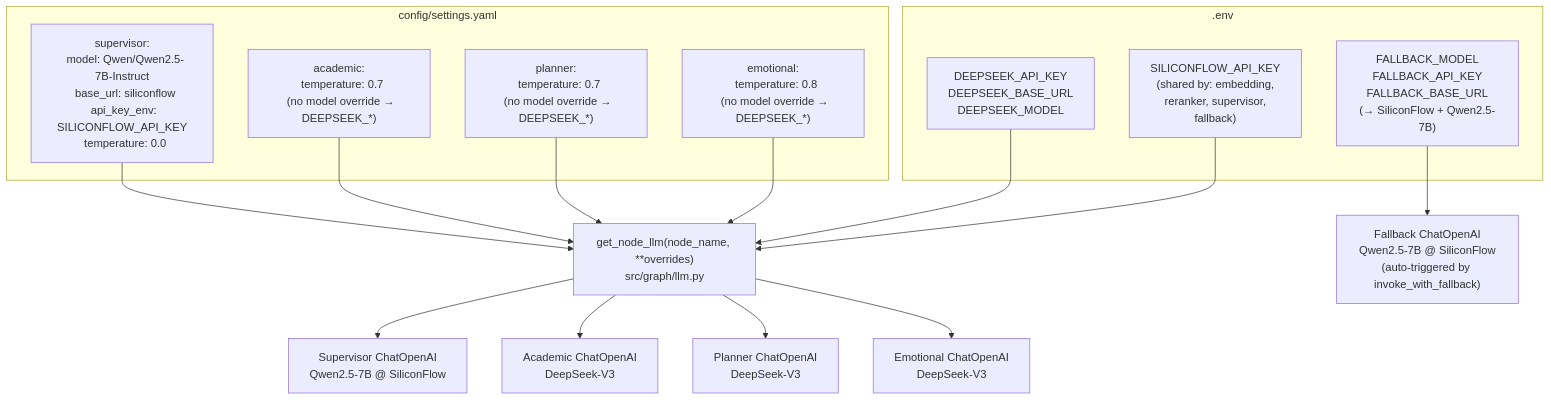
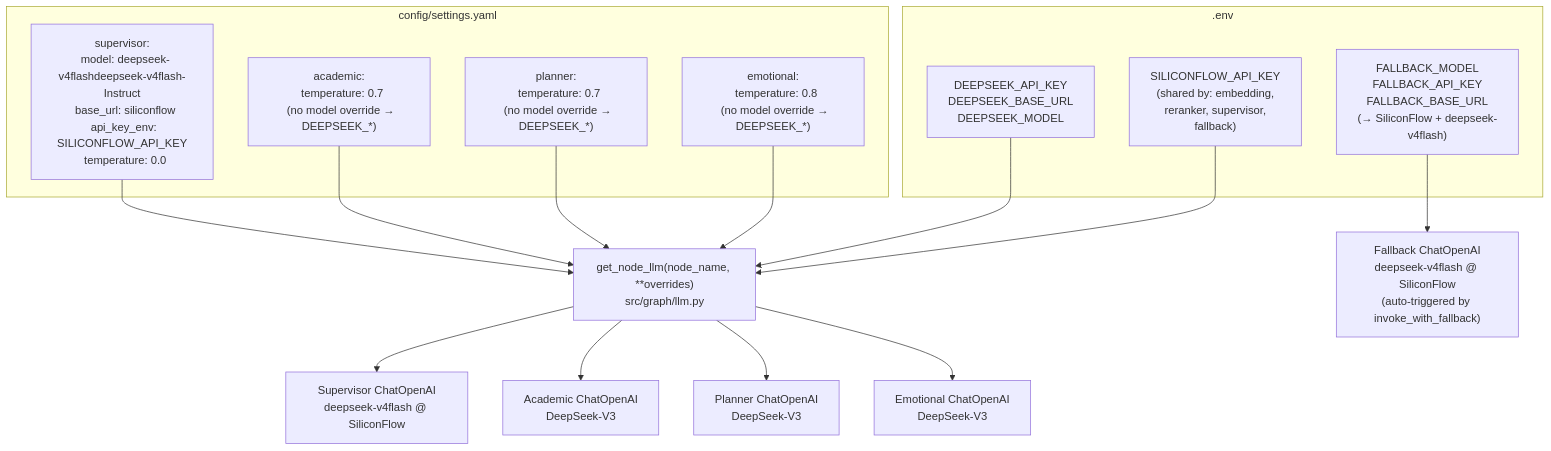
Before and after one commit to luboyan6/exam-mind: the fifth of 5 diagrams in docs/architecture/v0.2.0/diagram_design.md, drawn with Mermaid. The commit also changed other lines of this file and 7 other files, not shown here.

Commit message:
chore: replace Qwen2.5-7B with deepseek-v4flash across docs and config

````diff
--- a/docs/architecture/v0.2.0/diagram_design.md
+++ b/docs/architecture/v0.2.0/diagram_design.md
@@ -226,32 +226,32 @@
 ```mermaid
 flowchart TD
     subgraph Settings["config/settings.yaml"]
-        SUP_CFG["supervisor:\n  model: Qwen/Qwen2.5-7B-Instruct\n  base_url: siliconflow\n  api_key_env: SILICONFLOW_API_KEY\n  temperature: 0.0"]
+        SUP_CFG["supervisor:\n  model: deepseek-v4flashdeepseek-v4flash-Instruct\n  base_url: siliconflow\n  api_key_env: SILICONFLOW_API_KEY\n  temperature: 0.0"]
         AC_CFG["academic:\n  temperature: 0.7\n  (no model override → DEEPSEEK_*)"]
         PL_CFG["planner:\n  temperature: 0.7\n  (no model override → DEEPSEEK_*)"]
         EM_CFG["emotional:\n  temperature: 0.8\n  (no model override → DEEPSEEK_*)"]
     end
 
     Factory["get_node_llm(node_name, **overrides)\nsrc/graph/llm.py"]
 
     SUP_CFG --> Factory
     AC_CFG --> Factory
     PL_CFG --> Factory
     EM_CFG --> Factory
 
     subgraph Env[".env"]
         DS["DEEPSEEK_API_KEY\nDEEPSEEK_BASE_URL\nDEEPSEEK_MODEL"]
         SF["SILICONFLOW_API_KEY\n(shared by: embedding,\nreranker, supervisor,\nfallback)"]
-        FB["FALLBACK_MODEL\nFALLBACK_API_KEY\nFALLBACK_BASE_URL\n(→ SiliconFlow + Qwen2.5-7B)"]
+        FB["FALLBACK_MODEL\nFALLBACK_API_KEY\nFALLBACK_BASE_URL\n(→ SiliconFlow + deepseek-v4flash)"]
     end
 
     DS --> Factory
     SF --> Factory
 
-    Factory --> Supervisor["Supervisor ChatOpenAI\nQwen2.5-7B @ SiliconFlow"]
+    Factory --> Supervisor["Supervisor ChatOpenAI\ndeepseek-v4flash @ SiliconFlow"]
     Factory --> Academic["Academic ChatOpenAI\nDeepSeek-V3"]
     Factory --> Planner["Planner ChatOpenAI\nDeepSeek-V3"]
     Factory --> Emotional["Emotional ChatOpenAI\nDeepSeek-V3"]
 
-    FB --> Fallback["Fallback ChatOpenAI\nQwen2.5-7B @ SiliconFlow\n(auto-triggered by invoke_with_fallback)"]
+    FB --> Fallback["Fallback ChatOpenAI\ndeepseek-v4flash @ SiliconFlow\n(auto-triggered by invoke_with_fallback)"]
 ```
````
